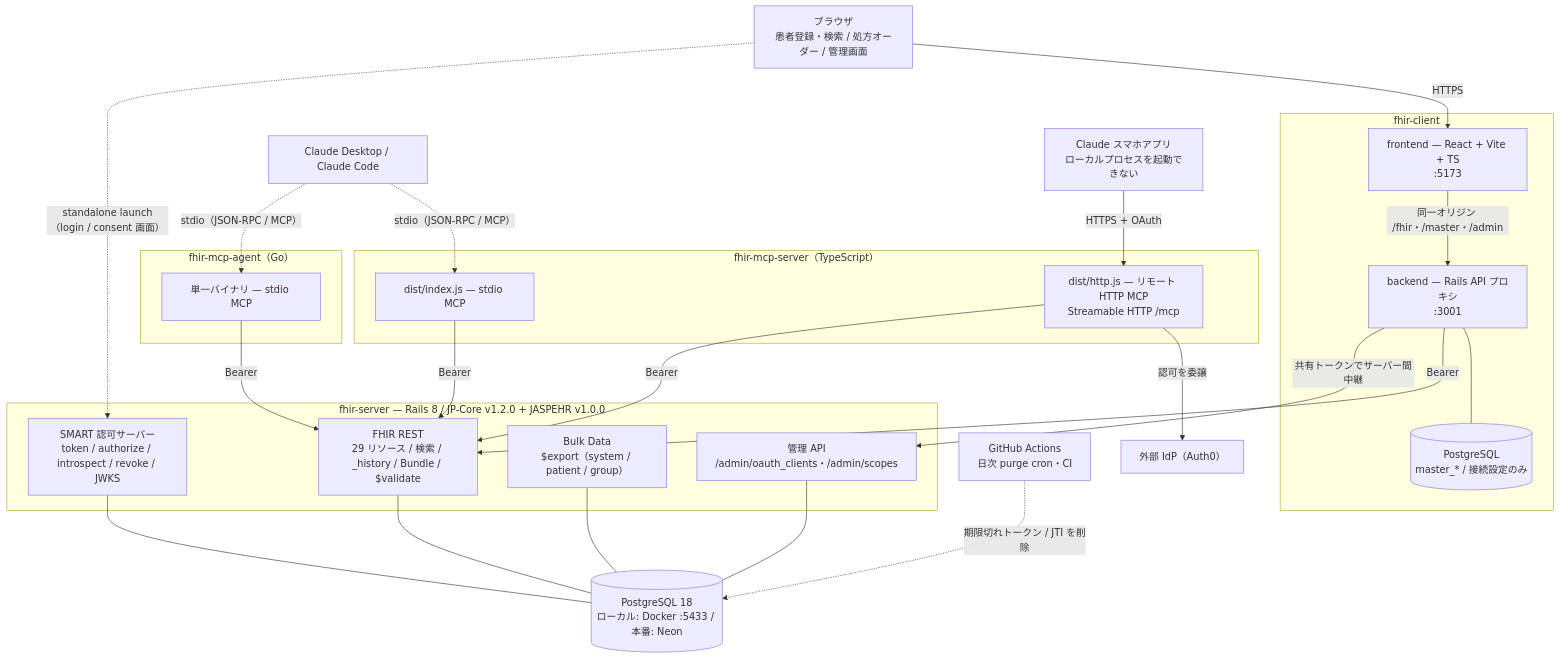
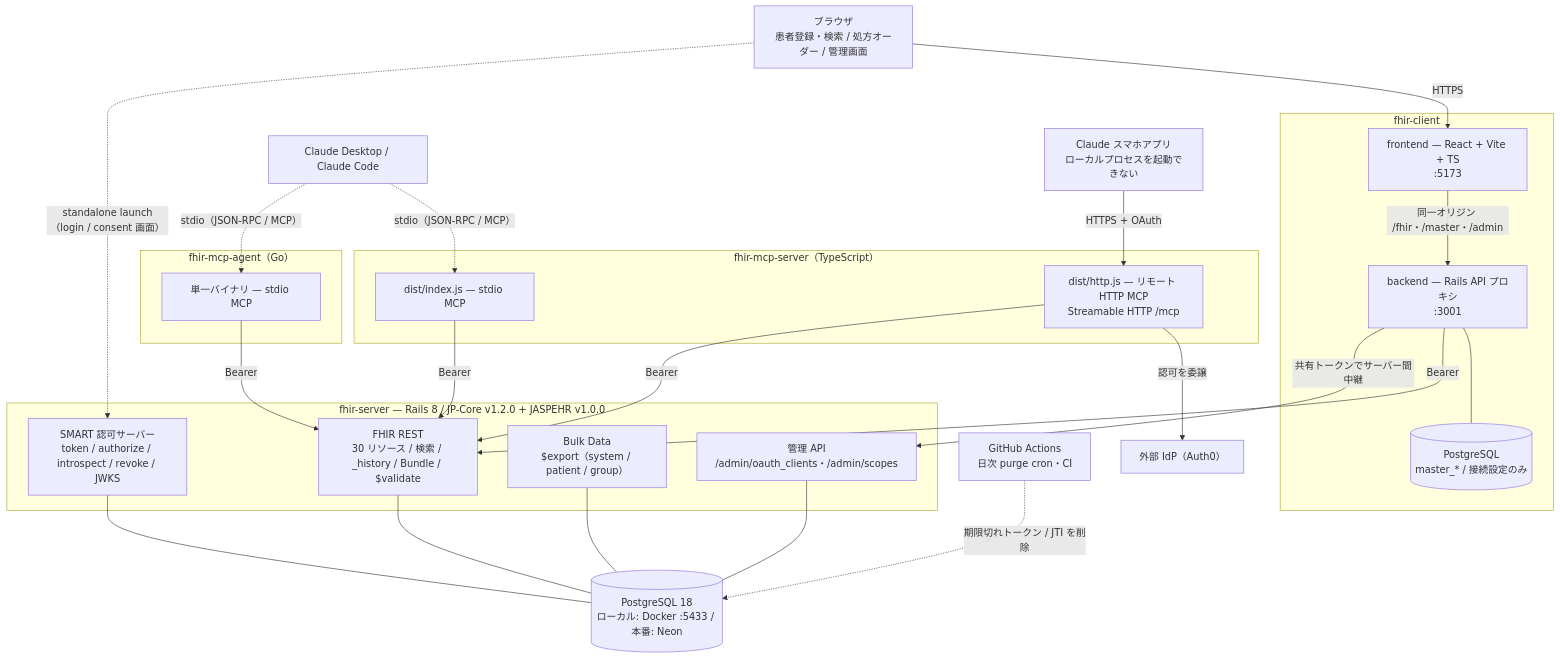
One commit to ysnr-dev/fhir-server changed the first of 3 diagrams in docs/ARCHITECTURE.md. Above: the diagram before and after it, drawn with Mermaid. The commit also changed other lines of this file and 17 other files, not shown here.

````diff
--- a/docs/ARCHITECTURE.md
+++ b/docs/ARCHITECTURE.md
@@ -21,54 +21,54 @@
 ```mermaid
 flowchart TB
     Browser["ブラウザ<br/>患者登録・検索 / 処方オーダー / 管理画面"]
     ClaudeLocal["Claude Desktop / Claude Code"]
     ClaudeMobile["Claude スマホアプリ<br/>ローカルプロセスを起動できない"]
 
     subgraph clientRepo["fhir-client"]
         FE["frontend — React + Vite + TS<br/>:5173"]
         BE["backend — Rails API プロキシ<br/>:3001"]
         BEDB[("PostgreSQL<br/>master_* / 接続設定のみ")]
     end
 
     subgraph mcpTs["fhir-mcp-server（TypeScript）"]
         MCPSTDIO["dist/index.js — stdio MCP"]
         MCPHTTP["dist/http.js — リモート HTTP MCP<br/>Streamable HTTP /mcp"]
     end
 
     subgraph mcpGo["fhir-mcp-agent（Go）"]
         AGENT["単一バイナリ — stdio MCP"]
     end
 
     IDP["外部 IdP（Auth0）"]
 
     subgraph serverRepo["fhir-server — Rails 8 / JP-Core v1.2.0 + JASPEHR v1.0.0"]
-        REST["FHIR REST<br/>29 リソース / 検索 / _history / Bundle / $validate"]
+        REST["FHIR REST<br/>30 リソース / 検索 / _history / Bundle / $validate"]
         AUTH["SMART 認可サーバー<br/>token / authorize / introspect / revoke / JWKS"]
         BULK["Bulk Data<br/>$export（system / patient / group）"]
         ADMINAPI["管理 API<br/>/admin/oauth_clients・/admin/scopes"]
     end
 
     DB[("PostgreSQL 18<br/>ローカル: Docker :5433 / 本番: Neon")]
     GHA["GitHub Actions<br/>日次 purge cron・CI"]
 
     Browser -->|HTTPS| FE
     FE -->|"同一オリジン /fhir・/master・/admin"| BE
     BE --- BEDB
     ClaudeLocal -.->|"stdio（JSON-RPC / MCP）"| MCPSTDIO
     ClaudeLocal -.->|"stdio（JSON-RPC / MCP）"| AGENT
     ClaudeMobile -->|"HTTPS + OAuth"| MCPHTTP
     MCPHTTP -->|"認可を委譲"| IDP
 
     BE -->|"Bearer"| REST
     MCPSTDIO -->|"Bearer"| REST
     AGENT -->|"Bearer"| REST
     MCPHTTP -->|"Bearer"| REST
     BE -->|"共有トークンでサーバー間中継"| ADMINAPI
     Browser -.->|"standalone launch（login / consent 画面）"| AUTH
 
     REST --- DB
     AUTH --- DB
     BULK --- DB
     ADMINAPI --- DB
     GHA -.->|"期限切れトークン / JTI を削除"| DB
 ```
````
